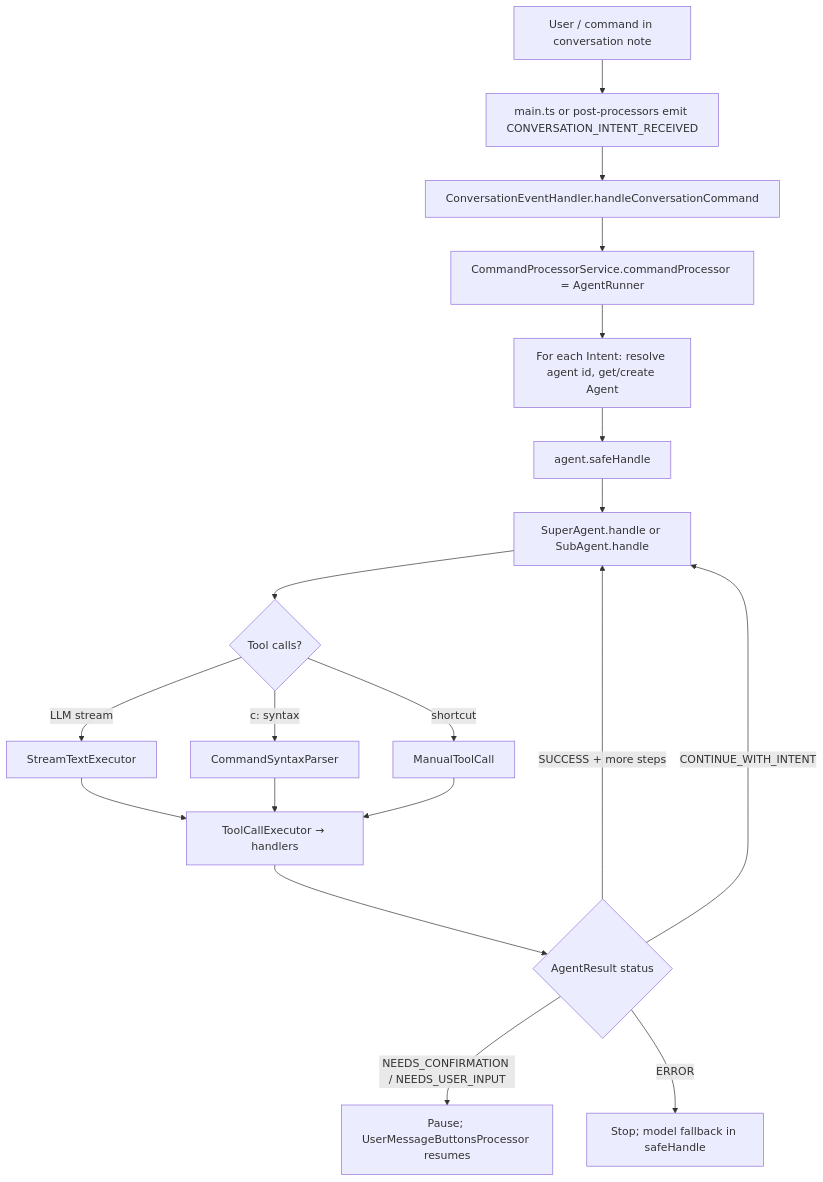
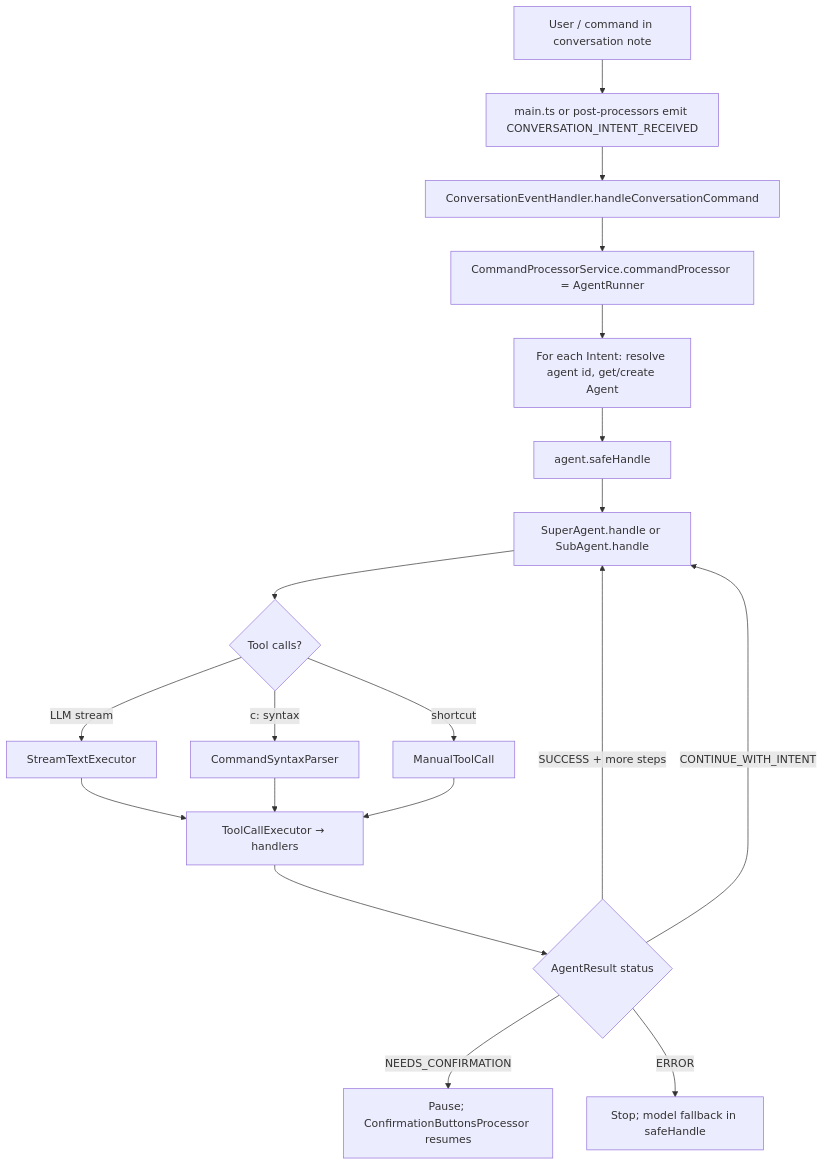
Before and after one commit to googlicius/obsidian-steward: the first of 2 diagrams in src/solutions/commands/AGENTS.md, drawn with Mermaid. The commit also changed other lines of this file and 29 other files, not shown here.

````diff
--- a/src/solutions/commands/AGENTS.md
+++ b/src/solutions/commands/AGENTS.md
@@ -71,21 +71,21 @@
 ```mermaid
 flowchart TD
   A[User / command in conversation note] --> B[main.ts or post-processors emit CONVERSATION_INTENT_RECEIVED]
   B --> C[ConversationEventHandler.handleConversationCommand]
   C --> D[CommandProcessorService.commandProcessor = AgentRunner]
   D --> E[For each Intent: resolve agent id, get/create Agent]
   E --> F[agent.safeHandle]
   F --> G[SuperAgent.handle or SubAgent.handle]
   G --> H{Tool calls?}
   H -->|LLM stream| I[StreamTextExecutor]
   H -->|c: syntax| J[CommandSyntaxParser]
   H -->|shortcut| K[ManualToolCall]
   I --> L[ToolCallExecutor → handlers]
   J --> L
   K --> L
   L --> M{AgentResult status}
   M -->|SUCCESS + more steps| G
-  M -->|NEEDS_CONFIRMATION / NEEDS_USER_INPUT| N[Pause; UserMessageButtonsProcessor resumes]
+  M -->|NEEDS_CONFIRMATION| N[Pause; ConfirmationButtonsProcessor resumes]
   M -->|CONTINUE_WITH_INTENT| G
   M -->|ERROR| O[Stop; model fallback in safeHandle]
 ```
````
